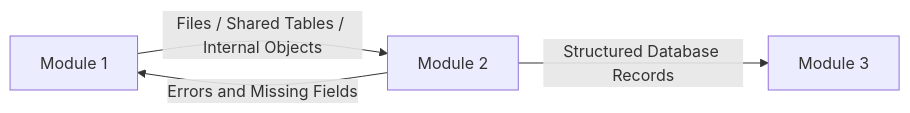
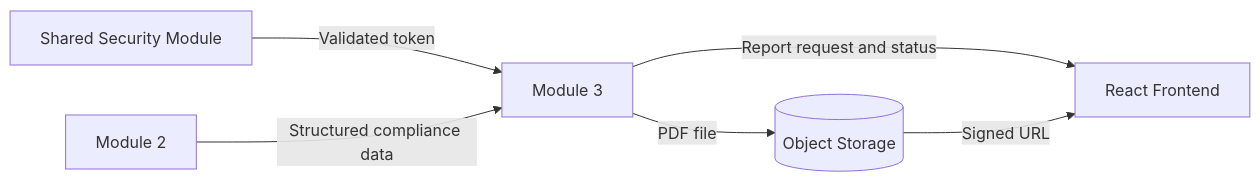
Diagram 17 of 21 in README.md (Aseries-Group/MACE), drawn with Mermaid before and after one commit. The commit also changed other lines of this file, not shown here.

````diff
--- a/README.md
+++ b/README.md
@@ -1429,7 +2609,8 @@
 ```mermaid
 flowchart LR
-
-    M1[Module 1] -->|Files / Shared Tables / Internal Objects| M2[Module 2]
-    M2 -->|Errors and Missing Fields| M1
-    M2 -->|Structured Database Records| M3[Module 3]
+    SEC[Shared Security Module] -->|Validated token| M3[Module 3]
+    M2[Module 2] -->|Structured compliance data| M3
+    M3 -->|Report request and status| FE[React Frontend]
+    M3 -->|PDF file| ST[(Object Storage)]
+    ST -->|Signed URL| FE
 ```
````
